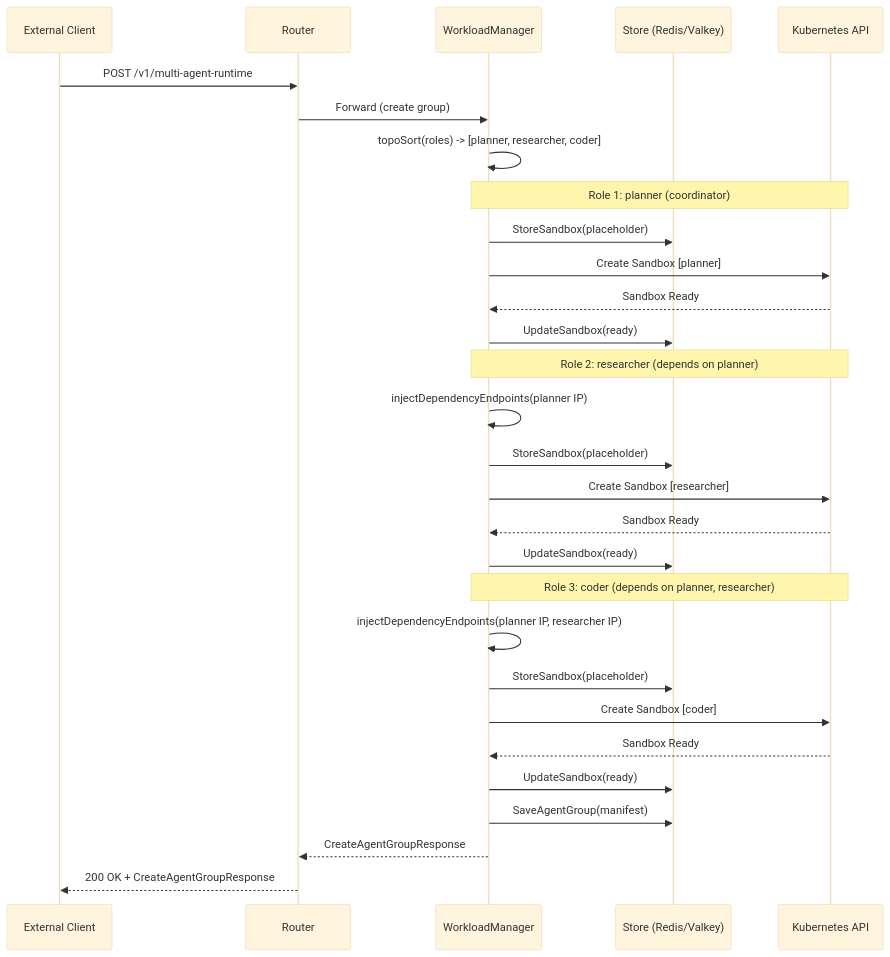
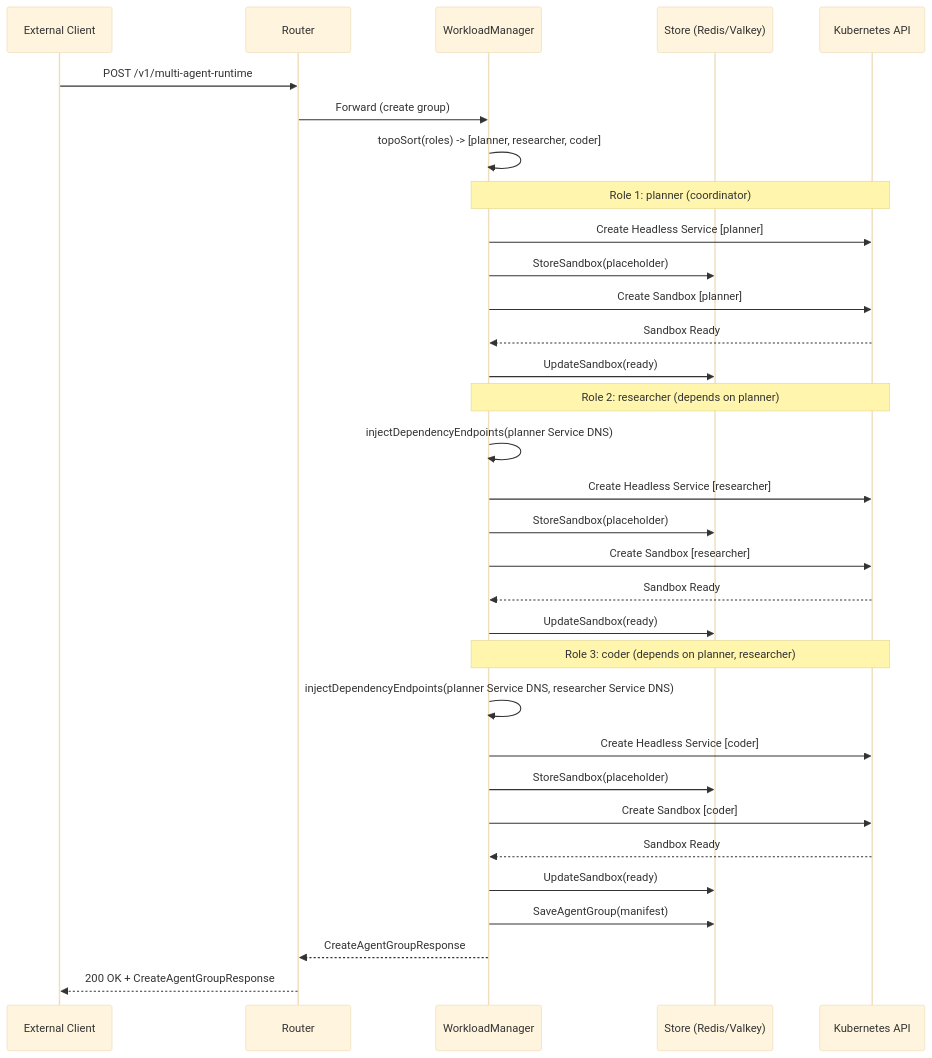
One commit to volcano-sh/agentcube changed the second of 2 diagrams in docs/design/multi-agent-runtime-proposal.md. Above: the diagram before and after it, drawn with Mermaid (base theme). The commit also changed other lines of this file, not shown here.

Commit message:
docs: service creation, DNS consistency, type unification, phase ordering, and CRD status

````diff
--- a/docs/design/multi-agent-runtime-proposal.md
+++ b/docs/design/multi-agent-runtime-proposal.md
@@ -434,36 +456,39 @@
 ```mermaid
 sequenceDiagram
     participant Client as External Client
     participant Router as Router
     participant WM as WorkloadManager
     participant Store as Store (Redis/Valkey)
     participant K8s as Kubernetes API
 
     Client->>Router: POST /v1/multi-agent-runtime
     Router->>WM: Forward (create group)
     WM->>WM: topoSort(roles) -> [planner, researcher, coder]
 
     Note over WM, K8s: Role 1: planner (coordinator)
+    WM->>K8s: Create Headless Service [planner]
     WM->>Store: StoreSandbox(placeholder)
     WM->>K8s: Create Sandbox [planner]
     K8s-->>WM: Sandbox Ready
     WM->>Store: UpdateSandbox(ready)
 
     Note over WM, K8s: Role 2: researcher (depends on planner)
-    WM->>WM: injectDependencyEndpoints(planner IP)
+    WM->>WM: injectDependencyEndpoints(planner Service DNS)
+    WM->>K8s: Create Headless Service [researcher]
     WM->>Store: StoreSandbox(placeholder)
     WM->>K8s: Create Sandbox [researcher]
     K8s-->>WM: Sandbox Ready
     WM->>Store: UpdateSandbox(ready)
 
     Note over WM, K8s: Role 3: coder (depends on planner, researcher)
-    WM->>WM: injectDependencyEndpoints(planner IP, researcher IP)
+    WM->>WM: injectDependencyEndpoints(planner Service DNS, researcher Service DNS)
+    WM->>K8s: Create Headless Service [coder]
     WM->>Store: StoreSandbox(placeholder)
     WM->>K8s: Create Sandbox [coder]
     K8s-->>WM: Sandbox Ready
     WM->>Store: UpdateSandbox(ready)
 
     WM->>Store: SaveAgentGroup(manifest)
     WM-->>Router: CreateAgentGroupResponse
     Router-->>Client: 200 OK + CreateAgentGroupResponse
 ```
````
